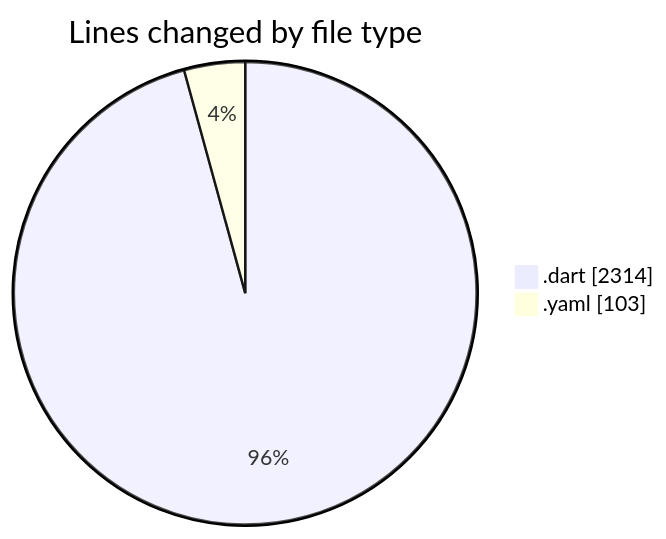
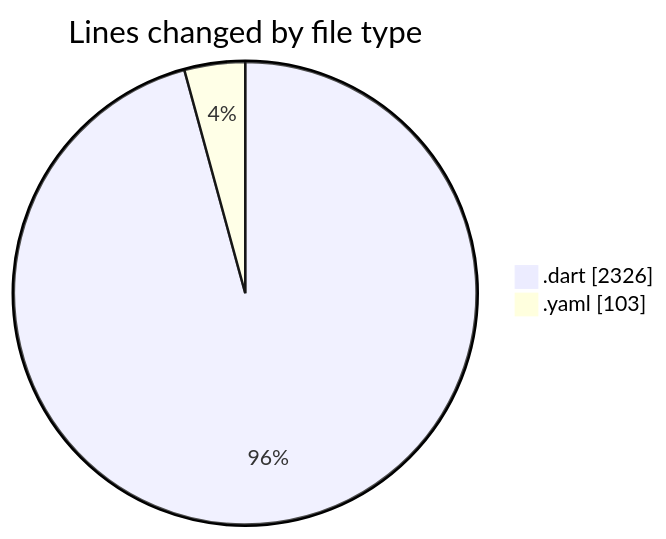
One commit to donsfak/code-tracking changed the first of 2 diagrams in 2025-02-25/trackers_app/README.md. Above: the diagram before and after it, drawn with Mermaid. The commit also changed other lines of this file and 1 other file, not shown here.

````diff
--- a/2025-02-25/trackers_app/README.md
+++ b/2025-02-25/trackers_app/README.md
@@ -32,6 +32,6 @@
 ```mermaid
 pie showData
 title Lines changed by file type
-".dart" : 2314
+".dart" : 2326
 ".yaml" : 103
 ```
````
